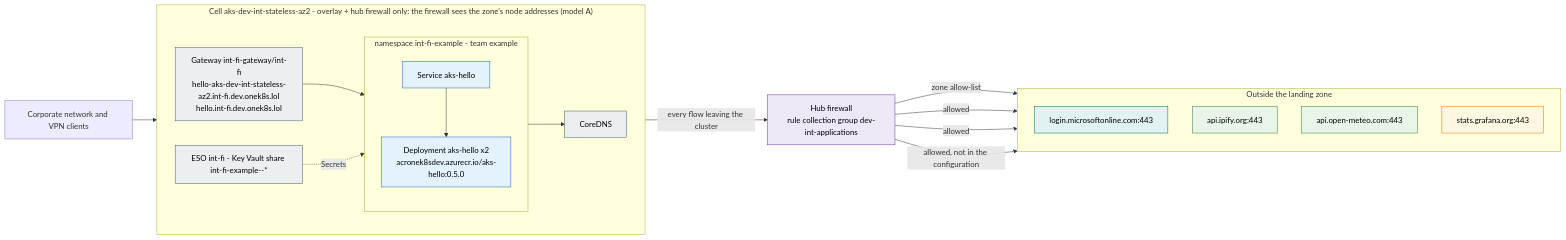
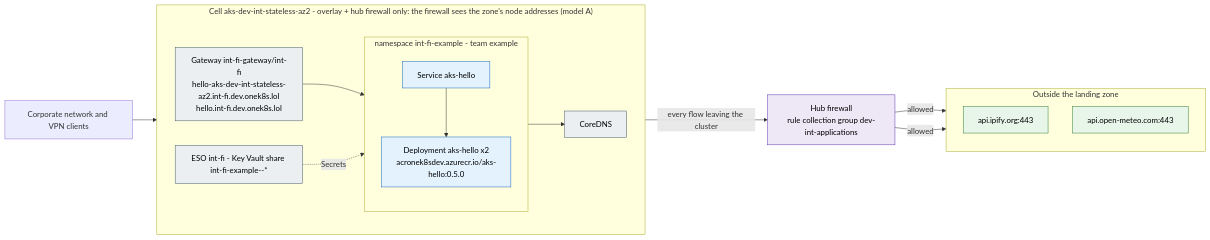
Before and after one commit to onek8s/onek8s.github.io: the diagram in diagrams/23-example-application.mmd, drawn with Mermaid. The commit also changed 4 other files, not shown here.

First line of the commit message:
Section 23: zone allow-list and platform rules on the zone picture only; examples regenerated (#55)

```diff
--- a/diagrams/23-example-application.mmd
+++ b/diagrams/23-example-application.mmd
@@ -1,47 +1,41 @@
-%% Example of a generated per-application picture (section 23): int-fi-example on the dev lab's overlay cell az2, as the
-%% first run drew it on 2026-10-17 - with the amber stats.grafana.org rule that was then moved to the platform rules.
+%% Example of a generated per-application picture (section 23): int-fi-example on the dev lab's overlay cell az2,
+%% regenerated 2026-10-17 after the stats.grafana.org rule moved to the platform rules (azure-landing-zone docs/traffic-flows).
 flowchart LR
     client["Corporate network and VPN clients"]
     subgraph CELL["Cell aks-dev-int-stateless-az2 - overlay + hub firewall only: the firewall sees the zone's node addresses (model A)"]
         direction LR
         gw["Gateway int-fi-gateway/int-fi<br/>hello-aks-dev-int-stateless-az2.int-fi.dev.onek8s.lol<br/>hello.int-fi.dev.onek8s.lol"]
         subgraph NS["namespace int-fi-example - team example"]
             direction TB
             svc_aks_hello["Service aks-hello"]
             wl_aks_hello["Deployment aks-hello x2<br/>acronek8sdev.azurecr.io/aks-hello:0.5.0"]
         end
         dns["CoreDNS"]
         eso["ESO int-fi - Key Vault share int-fi-example--*"]
     end
     fw["Hub firewall<br/>rule collection group dev-int-applications"]
     subgraph OUT["Outside the landing zone"]
         direction TB
-        d_login_microsoftonline_com["login.microsoftonline.com:443"]
         d_api_ipify_org["api.ipify.org:443"]
         d_api_open_meteo_com["api.open-meteo.com:443"]
-        d_stats_grafana_org["stats.grafana.org:443"]
     end
     client --> gw
     gw --> svc_aks_hello
     svc_aks_hello --> wl_aks_hello
     wl_aks_hello --> dns
     eso -.->|"Secrets"| wl_aks_hello
     wl_aks_hello -->|"every flow leaving the cluster"| fw
-    fw -->|"zone allow-list"| d_login_microsoftonline_com
     fw -->|"allowed"| d_api_ipify_org
     fw -->|"allowed"| d_api_open_meteo_com
-    fw -->|"allowed, not in the configuration"| d_stats_grafana_org
     classDef ns fill:#e3f2fd,stroke:#1565c0,color:#000
     classDef platform fill:#eceff1,stroke:#455a64,color:#000
     classDef fw fill:#ede7f6,stroke:#5e35b1,color:#000
     classDef allowed fill:#e8f5e9,stroke:#2e7d32,color:#000
     classDef unexplained fill:#fff8e1,stroke:#ef6c00,color:#000
     classDef missing fill:#ffebee,stroke:#c62828,color:#000,stroke-dasharray: 5 5
     classDef proposed fill:#f3e5f5,stroke:#7b1fa2,color:#000,stroke-dasharray: 5 5
     classDef zone fill:#e0f2f1,stroke:#00695c,color:#000
     class gw,dns,eso platform
     class fw fw
     class svc_aks_hello,wl_aks_hello ns
     class d_api_ipify_org,d_api_open_meteo_com allowed
-    class d_stats_grafana_org unexplained
-    class d_login_microsoftonline_com zone
```
